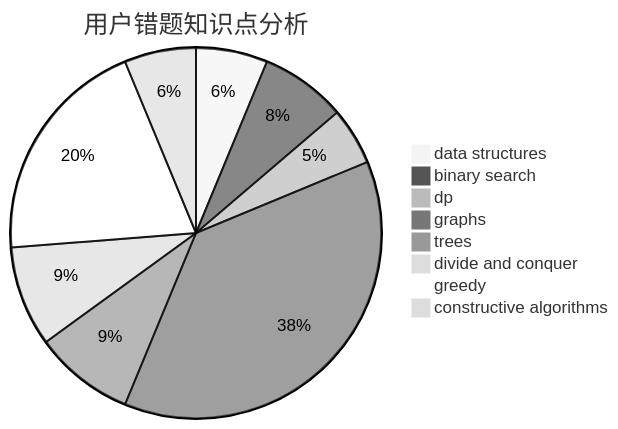
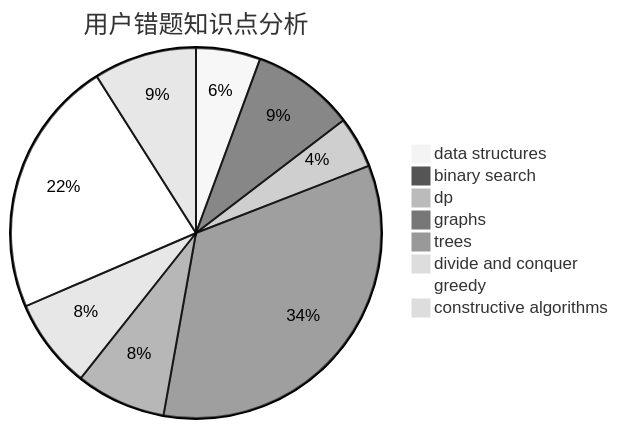
The third of 3 diagrams in docs/user/u1379.md (sherpahu/cfrs.github.io), drawn with Mermaid (neutral theme) before and after one commit. The commit also changed other lines of this file and 2770 other files, not shown here.

````diff
--- a/docs/user/u1379.md
+++ b/docs/user/u1379.md
@@ -36,11 +36,11 @@
 ```mermaid
 pie title 用户错题知识点分析
     "data structures" :  5
-    "binary search" :  6
+    "binary search" :  8
     "dp" :  4
     "graphs" :  30
     "trees" :  7
     "divide and conquer" :  7
-    "greedy" :  16
-    "constructive algorithms" :  5
+    "greedy" :  20
+    "constructive algorithms" :  8
 ```
````
